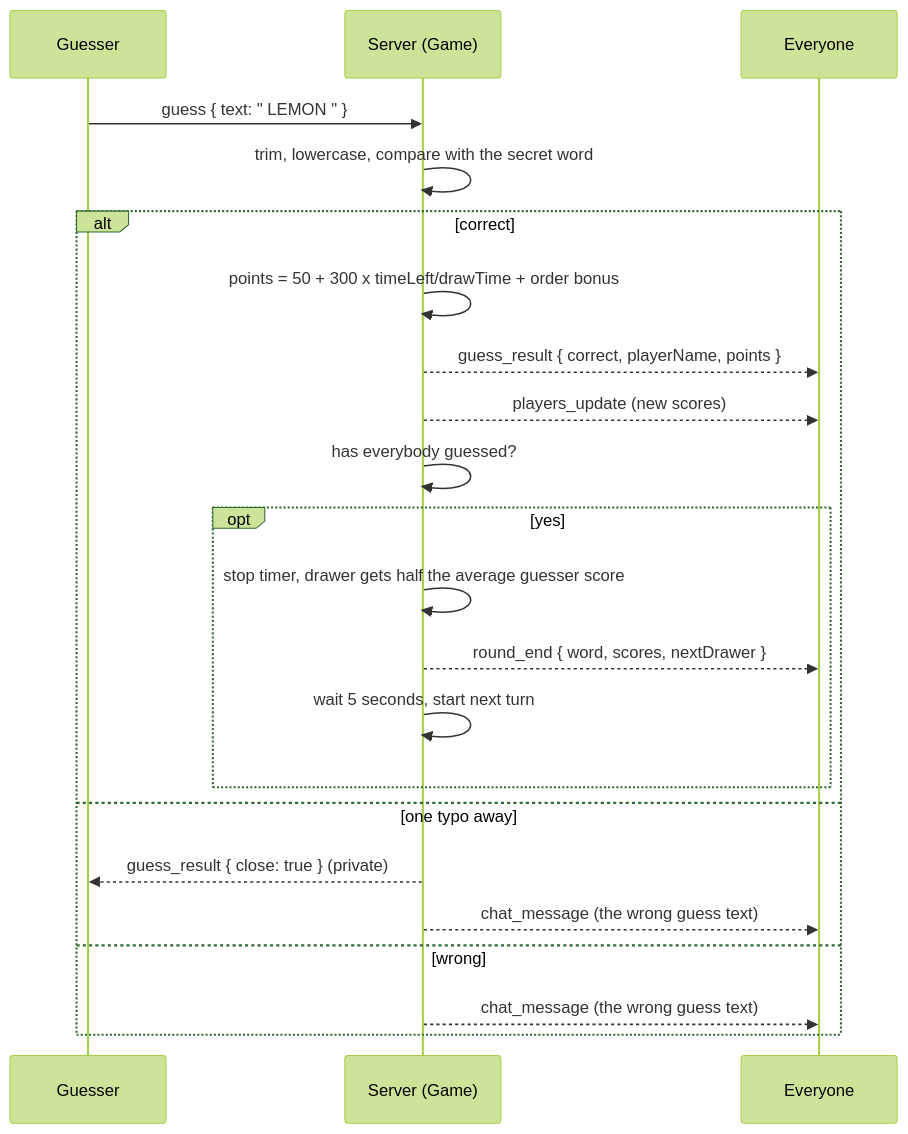
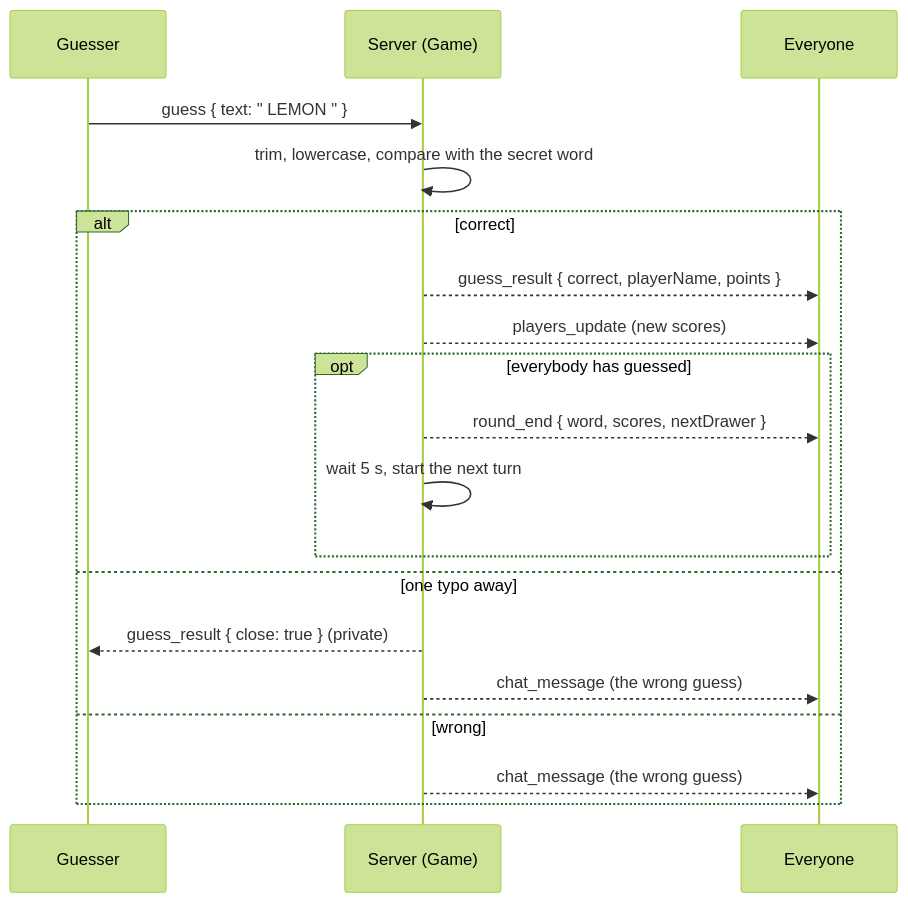
One commit to ritik-2407/Skribbl changed the seventh of 8 diagrams in README.md. Above: the diagram before and after it, drawn with Mermaid (forest theme). The commit also changed other lines of this file and 17 other files, not shown here.

````diff
--- a/README.md
+++ b/README.md
@@ -635,25 +355,21 @@
 ```mermaid
 sequenceDiagram
     participant P as Guesser
     participant S as Server (Game)
     participant All as Everyone
-
     P->>S: guess { text: "  LEMON " }
     S->>S: trim, lowercase, compare with the secret word
     alt correct
-        S->>S: points = 50 + 300 x timeLeft/drawTime + order bonus
         S-->>All: guess_result { correct, playerName, points }
         S-->>All: players_update (new scores)
-        S->>S: has everybody guessed?
-        opt yes
-            S->>S: stop timer, drawer gets half the average guesser score
+        opt everybody has guessed
             S-->>All: round_end { word, scores, nextDrawer }
-            S->>S: wait 5 seconds, start next turn
+            S->>S: wait 5 s, start the next turn
         end
     else one typo away
         S-->>P: guess_result { close: true } (private)
-        S-->>All: chat_message (the wrong guess text)
+        S-->>All: chat_message (the wrong guess)
     else wrong
-        S-->>All: chat_message (the wrong guess text)
+        S-->>All: chat_message (the wrong guess)
     end
 ```
````
